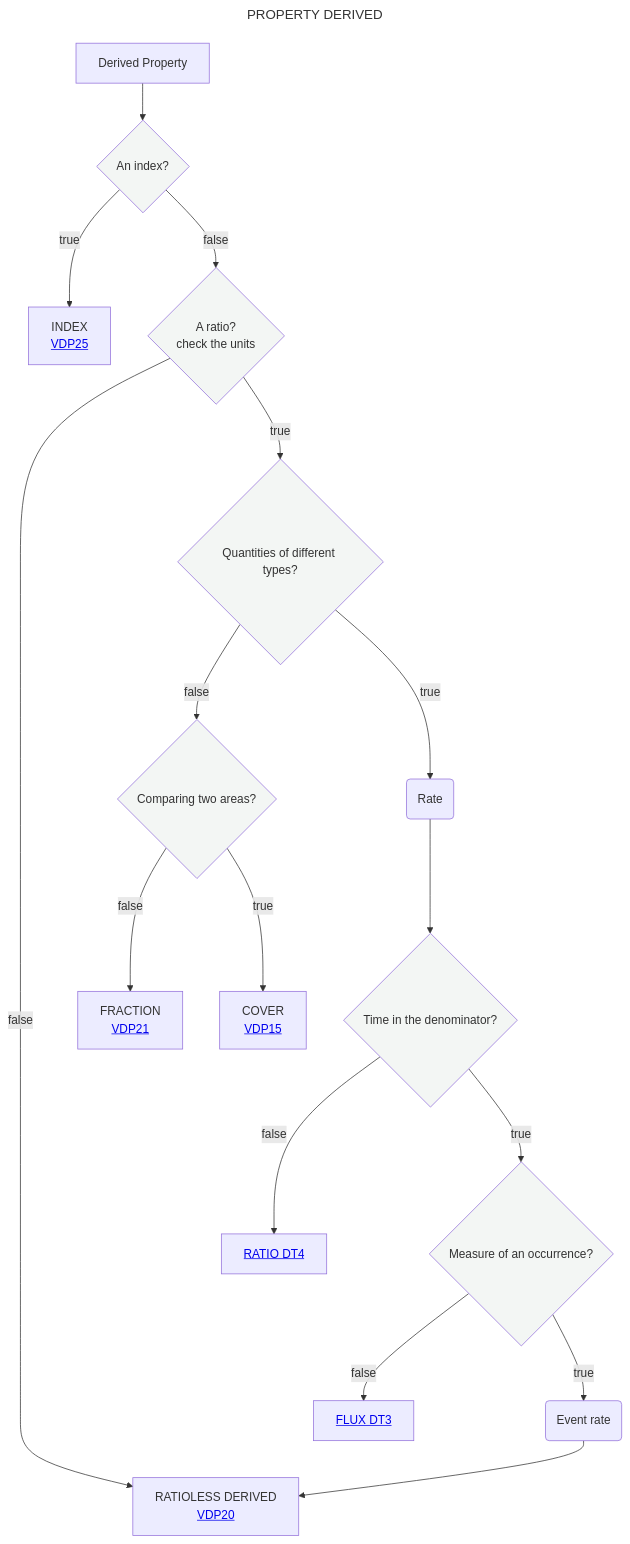
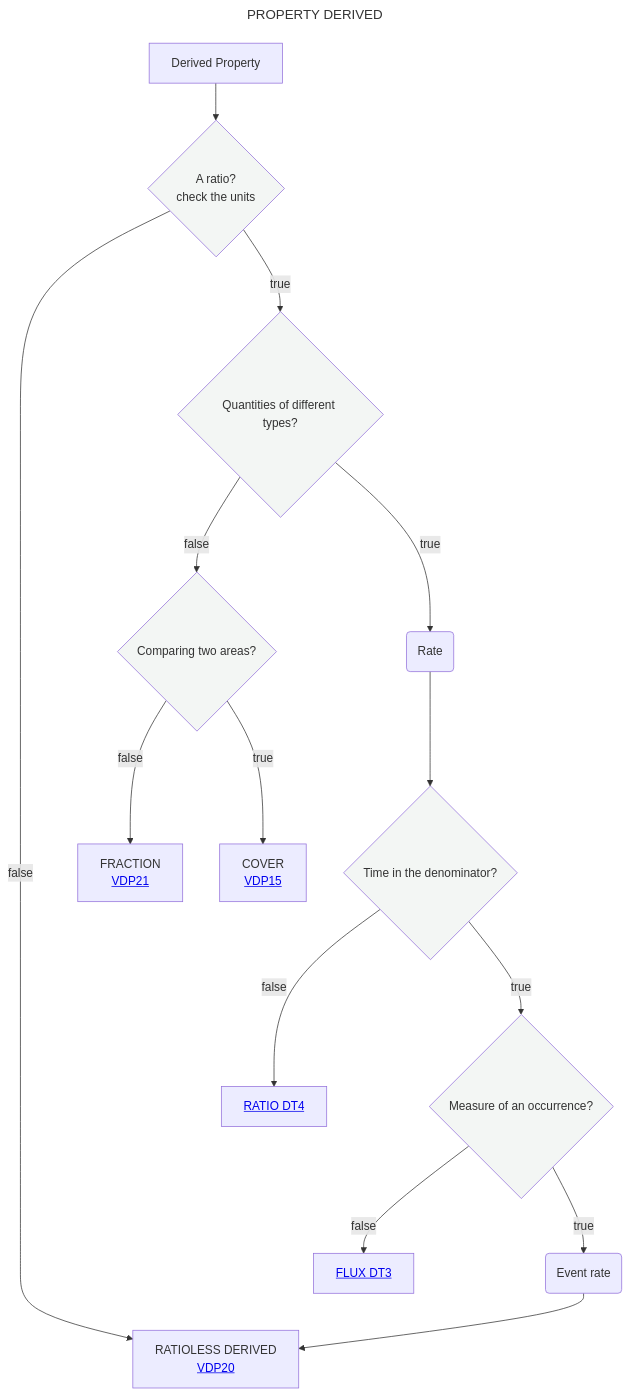
One commit to mabablue/I-ADOPT-patterns-playground changed the diagram in Decisition_trees/DT2.mmd. Above: the diagram before and after it, drawn with Mermaid.

```diff
--- a/Decisition_trees/DT2.mmd
+++ b/Decisition_trees/DT2.mmd
@@ -1,23 +1,21 @@
 ---
 title: PROPERTY DERIVED
 ---
 flowchart TD
-    A[Derived Property] --> AB{An index?}:::white
-    AB --> |true|ABC[INDEX <br> <a href='https://github.com/mabablue/I-ADOPT-patterns-playground/blob/main/pattern/VDP25.yaml'>VDP25</a>]
-    AB --> |false|B{A ratio?<br>check the units}:::white
+    A[Derived Property] --> B{A ratio?<br>check the units}:::white
     B --> |true|C{Quantities of different types?}:::white
     B --> |false|I[RATIOLESS DERIVED <br> <a href='https://github.com/mabablue/I-ADOPT-patterns-playground/blob/main/pattern/VDP28.yaml'>VDP20</a>]
     C --> |true|MN(Rate) 
     MN --> N{Time in the denominator?}:::white
     C --> |false|CD{Comparing two areas?}:::white
     CD --> |false|D[FRACTION <br> <a href='https://github.com/mabablue/I-ADOPT-patterns-playground/blob/main/pattern/VDP21.yaml'>VDP21</a>]
     CD --> |true|F[COVER <br> <a href='https://github.com/mabablue/I-ADOPT-patterns-playground/blob/main/pattern/VDP15.yaml'>VDP15</a>]
     N --> |true|E{Measure of an occurrence?}:::white
     N --> |false|O[<a href='https://github.com/mabablue/I-ADOPT-patterns-playground/blob/main/Decisition_trees/DT4.mmd'>RATIO DT4</a>]
     E --> |true|L(Event rate)
     E --> |false|K[<a href='https://github.com/mabablue/I-ADOPT-patterns-playground/blob/main/Decisition_trees/DT3.mmd'>FLUX DT3</a>]
     L --> I
    classDef blue fill:#90D5FF
    classDef satblue fill:#57B9FF 
    classDef white fill:#f3f6f4
    classDef green fill:#6aa84f
```
